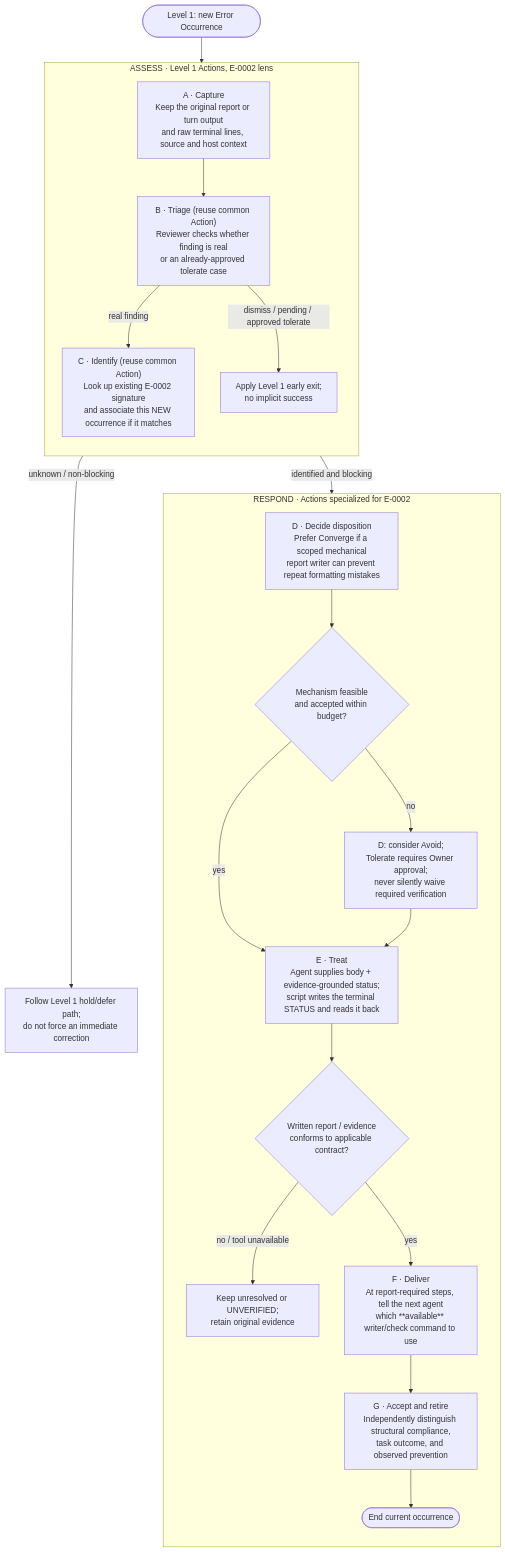
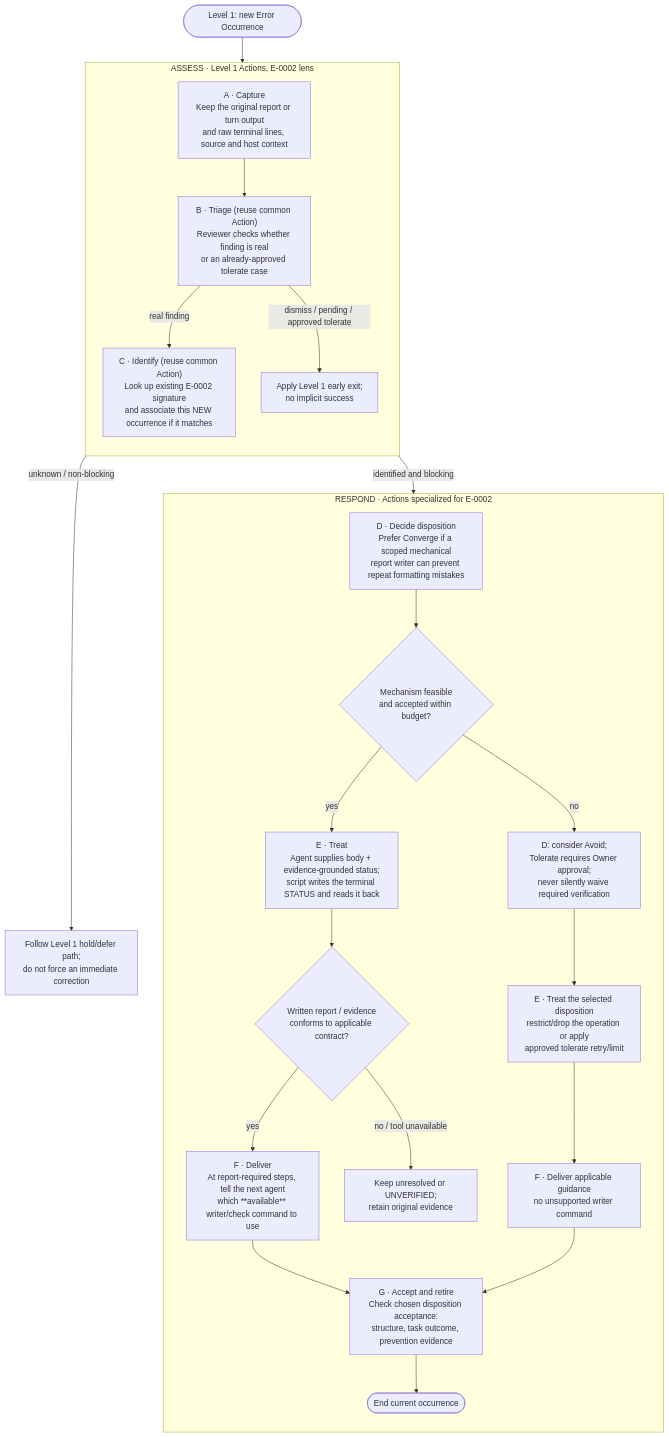
One commit to dyphn1/Harness-everything changed the first of 2 diagrams in docs/discussions/error-handling/actions/e0002-action-map.md. Above: the diagram before and after it, drawn with Mermaid. The commit also changed other lines of this file, not shown here.

Commit message:
docs(error-handling): distinguish E-0002 Converge from Avoid/Tolerate paths

````diff
--- a/docs/discussions/error-handling/actions/e0002-action-map.md
+++ b/docs/discussions/error-handling/actions/e0002-action-map.md
@@ -9,31 +9,33 @@
 ```mermaid
 flowchart TD
     S(["Level 1: new Error Occurrence"]) --> A
 
     subgraph ASSESS["ASSESS · Level 1 Actions, E-0002 lens"]
         direction TB
         A["A · Capture<br/>Keep the original report or turn output<br/>and raw terminal lines, source and host context"]
         B["B · Triage (reuse common Action)<br/>Reviewer checks whether finding is real<br/>or an already-approved tolerate case"]
         C["C · Identify (reuse common Action)<br/>Look up existing E-0002 signature<br/>and associate this NEW occurrence if it matches"]
         A --> B
         B -->|"real finding"| C
         B -->|"dismiss / pending / approved tolerate"| EXIT["Apply Level 1 early exit;<br/>no implicit success"]
     end
 
     C -->|"identified and blocking"| D
     C -->|"unknown / non-blocking"| DEFER["Follow Level 1 hold/defer path;<br/>do not force an immediate correction"]
 
     subgraph RESPOND["RESPOND · Actions specialized for E-0002"]
         direction TB
         D["D · Decide disposition<br/>Prefer Converge if a scoped mechanical<br/>report writer can prevent repeat formatting mistakes"]
         D --> CHOOSE{"Mechanism feasible<br/>and accepted within budget?"}
         CHOOSE -->|"yes"| E["E · Treat<br/>Agent supplies body + evidence-grounded status;<br/>script writes the terminal STATUS and reads it back"]
         CHOOSE -->|"no"| ALT["D: consider Avoid;<br/>Tolerate requires Owner approval;<br/>never silently waive required verification"]
-        ALT --> E
+        ALT --> EALT["E · Treat the selected disposition<br/>restrict/drop the operation or apply<br/>approved tolerate retry/limit"]
+        EALT --> FALT["F · Deliver applicable guidance<br/>no unsupported writer command"]
         E --> CHECK{"Written report / evidence<br/>conforms to applicable contract?"}
         CHECK -->|"no / tool unavailable"| OPEN["Keep unresolved or UNVERIFIED;<br/>retain original evidence"]
         CHECK -->|"yes"| F["F · Deliver<br/>At report-required steps, tell the next agent<br/>which **available** writer/check command to use"]
-        F --> G["G · Accept and retire<br/>Independently distinguish structural compliance,<br/>task outcome, and observed prevention"]
+        F --> G["G · Accept and retire<br/>Check chosen disposition acceptance:<br/>structure, task outcome, prevention evidence"]
+        FALT --> G
         G --> END(["End current occurrence"])
     end
 ```
````
